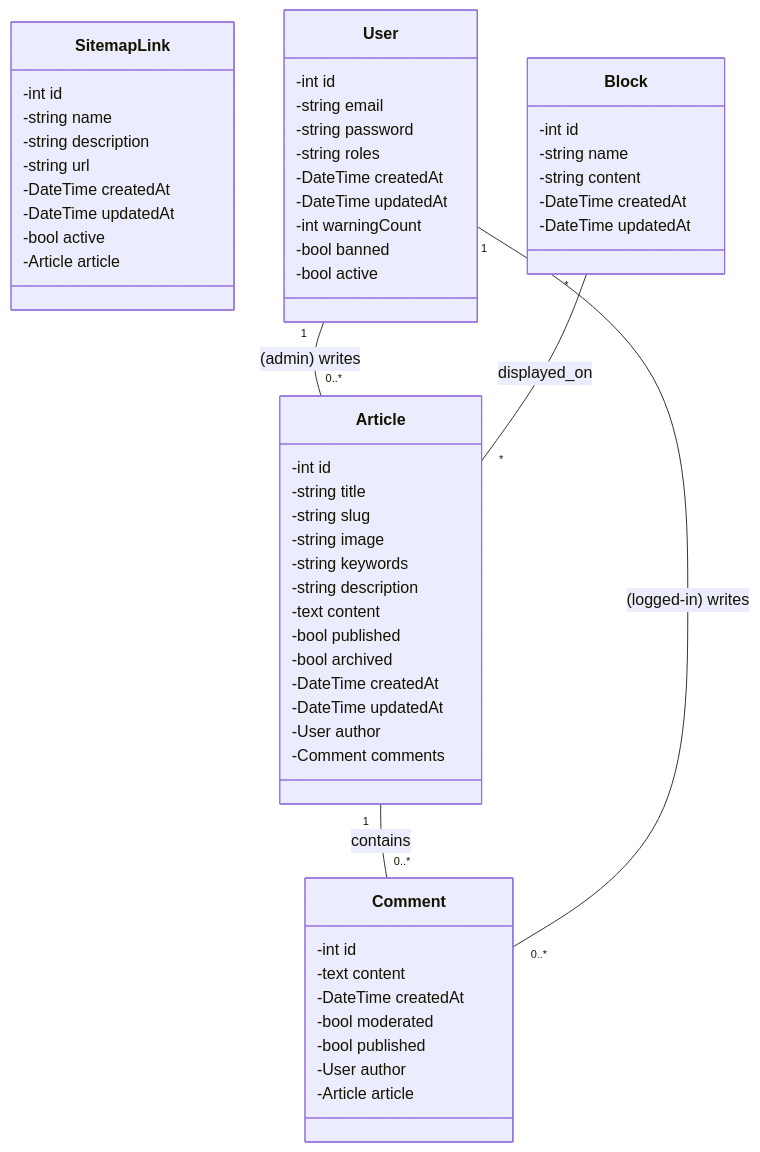
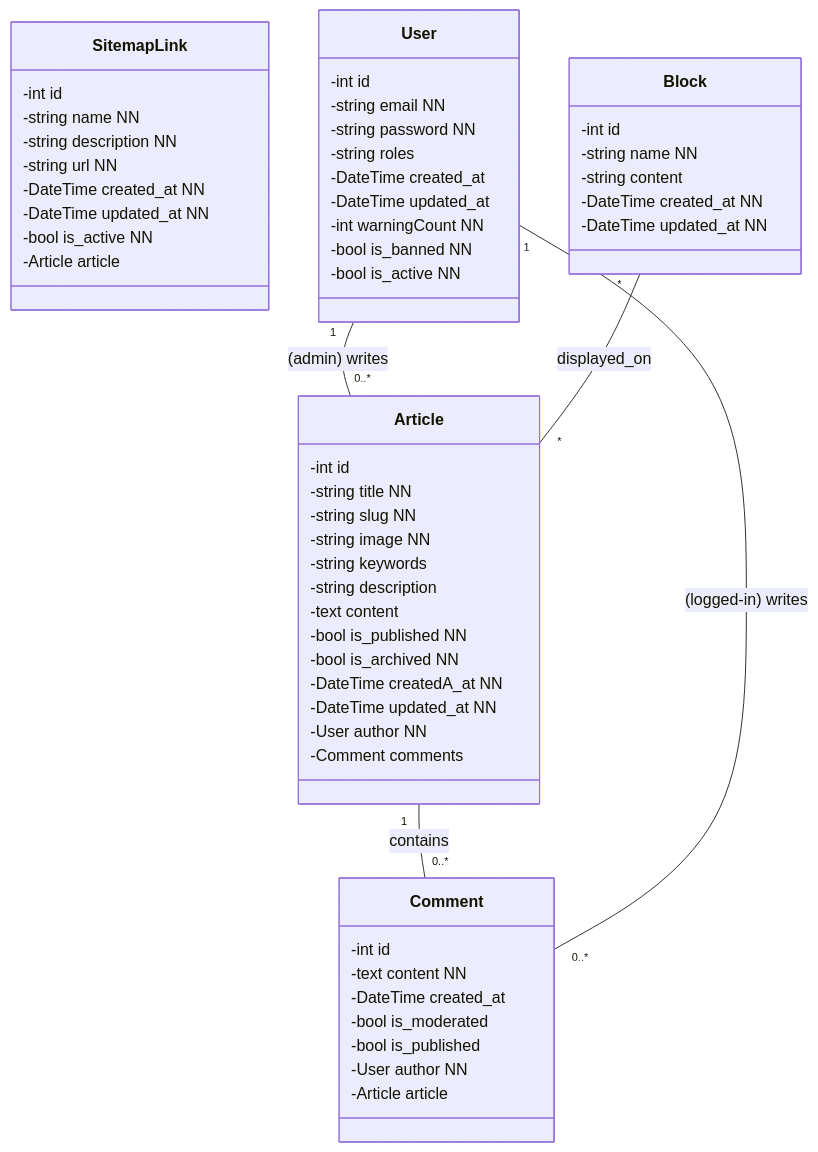
One commit to Jensone/road-to-sf changed the first of 10 diagrams in README.md. Above: the diagram before and after it, drawn with Mermaid. The commit also changed other lines of this file, not shown here.

````diff
--- a/README.md
+++ b/README.md
@@ -25,64 +25,64 @@
 ```mermaid
 classDiagram
   class Article {
     -int id
-    -string title
-    -string slug
-    -string image
-    -string keywords
+    -string title NN
+    -string slug NN
+    -string image NN
+    -string keywords 
     -string description
     -text content
-    -bool published
-    -bool archived
-    -DateTime createdAt
-    -DateTime updatedAt
-    -User author
+    -bool is_published NN
+    -bool is_archived NN
+    -DateTime createdA_at NN
+    -DateTime updated_at NN
+    -User author NN
     -Comment comments
   }
 
   class SitemapLink {
     -int id
-    -string name
-    -string description
-    -string url
-    -DateTime createdAt
-    -DateTime updatedAt
-    -bool active
-    -Article article
+    -string name NN
+    -string description NN
+    -string url NN
+    -DateTime created_at NN
+    -DateTime updated_at NN
+    -bool is_active NN
+    -Article article 
   }
 
   class Comment {
     -int id
-    -text content
-    -DateTime createdAt
-    -bool moderated
-    -bool published
-    -User author
+    -text content NN
+    -DateTime created_at
+    -bool is_moderated
+    -bool is_published
+    -User author NN
     -Article article
   }
 
   class User {
     -int id
-    -string email
-    -string password
+    -string email NN
+    -string password NN
     -string roles
-    -DateTime createdAt
-    -DateTime updatedAt
-    -int warningCount
-    -bool banned
-    -bool active
+    -DateTime created_at
+    -DateTime updated_at
+    -int warningCount NN
+    -bool is_banned NN
+    -bool is_active NN
   }
 
   class Block {
     -int id
-    -string name
-    -string content
-    -DateTime createdAt
-    -DateTime updatedAt
+    -string name NN
+    -string content 
+    -DateTime created_at NN
+    -DateTime updated_at NN
   }
 
   Article "1" -- "0..*" Comment : contains
   User "1" -- "0..*" Article : (admin) writes
   User "1" -- "0..*" Comment : (logged-in) writes
   Block "*" -- "*" Article : displayed_on
 ```
````
